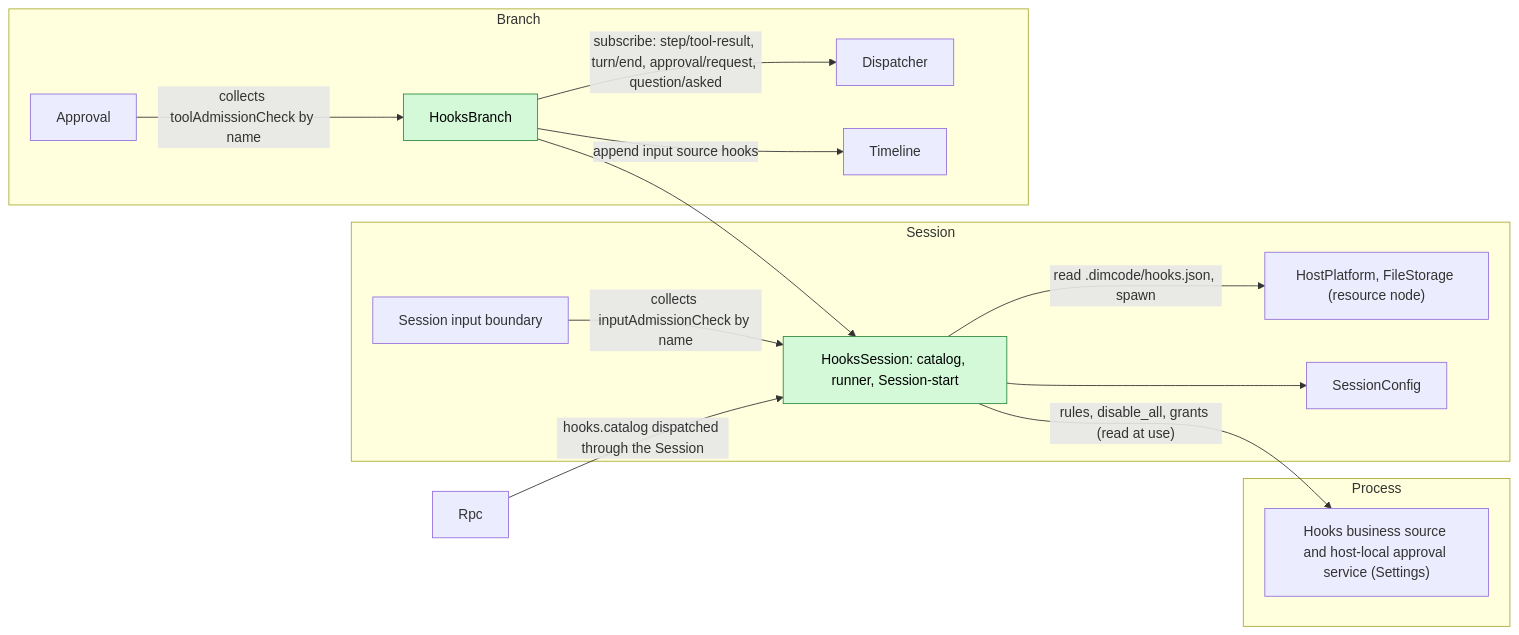
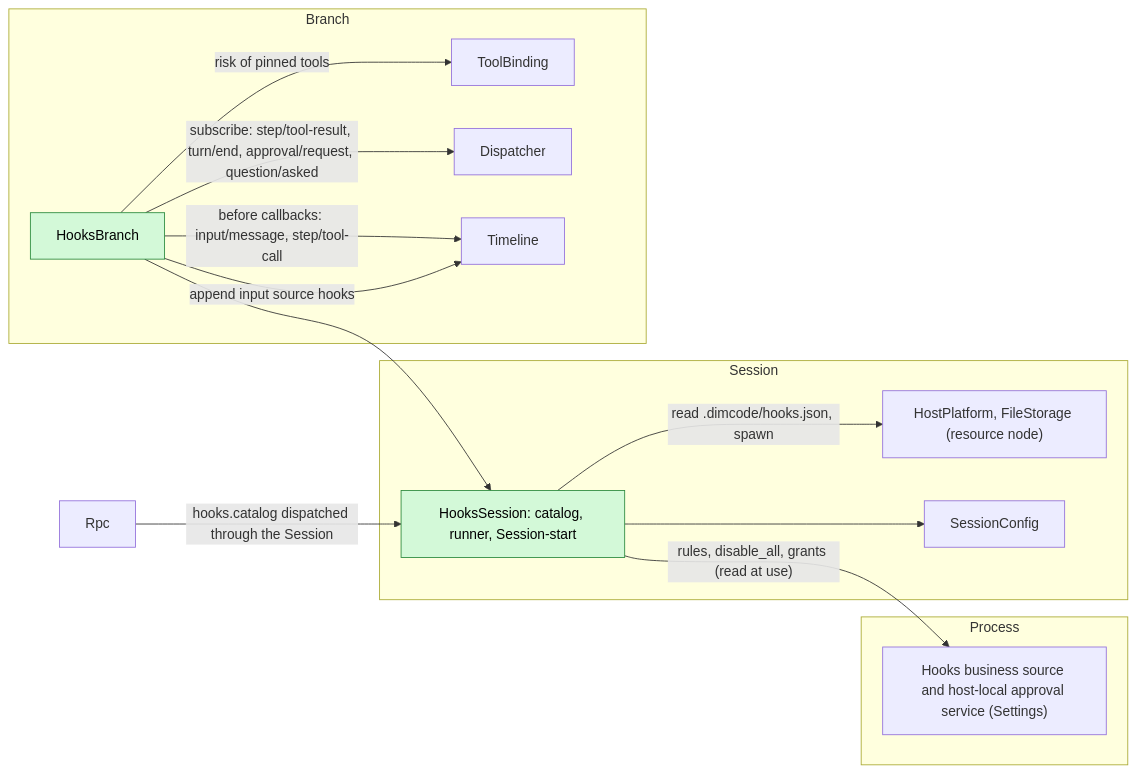
Before and after one commit to CoutinhoTTS/dim-agent: the first of 7 diagrams in docs/design/plugins/Hooks.md, drawn with Mermaid. The commit also changed other lines of this file and 18 other files, not shown here.

First line of the commit message:
docs(design): hooks via asynchronous before callbacks and withdraw/delete input events

````diff
--- a/docs/design/plugins/Hooks.md
+++ b/docs/design/plugins/Hooks.md
@@ -9,29 +9,28 @@
 ```mermaid
 flowchart LR
   subgraph PROC["Process"]
     Settings["Hooks business source and host-local approval service (Settings)"]
   end
   subgraph SESS["Session"]
     HS["HooksSession: catalog, runner, Session-start"]:::new
     HP["HostPlatform, FileStorage (resource node)"]
     CFG["SessionConfig"]
-    SI["Session input boundary"]
   end
   subgraph BR["Branch"]
     HB["HooksBranch"]:::new
-    AP["Approval"]
+    TB["ToolBinding"]
     DP["Dispatcher"]
     TL["Timeline"]
   end
   Rpc["Rpc"]
   HS -->|"rules, disable_all, grants (read at use)"| Settings
   HS -->|"read .dimcode/hooks.json, spawn"| HP
   HS --> CFG
   HB --> HS
-  SI -->|"collects inputAdmissionCheck by name"| HS
-  AP -->|"collects toolAdmissionCheck by name"| HB
+  HB -->|"before callbacks: input/message, step/tool-call"| TL
+  HB -->|"risk of pinned tools"| TB
   HB -->|"subscribe: step/tool-result, turn/end, approval/request, question/asked"| DP
   HB -->|"append input source hooks"| TL
   Rpc -->|"hooks.catalog dispatched through the Session"| HS
   classDef new fill:#d3f9d8,stroke:#2b8a3e,color:#000
 ```
````
